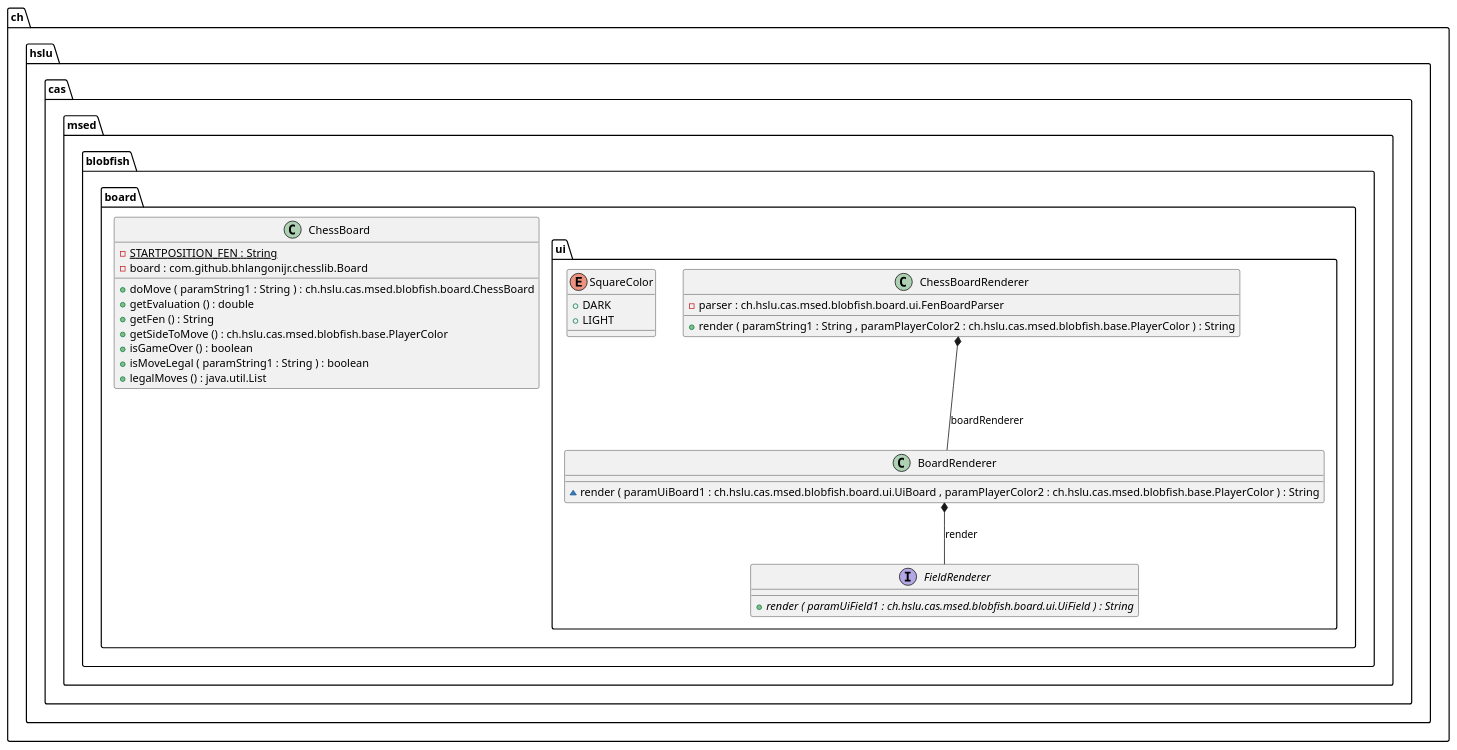
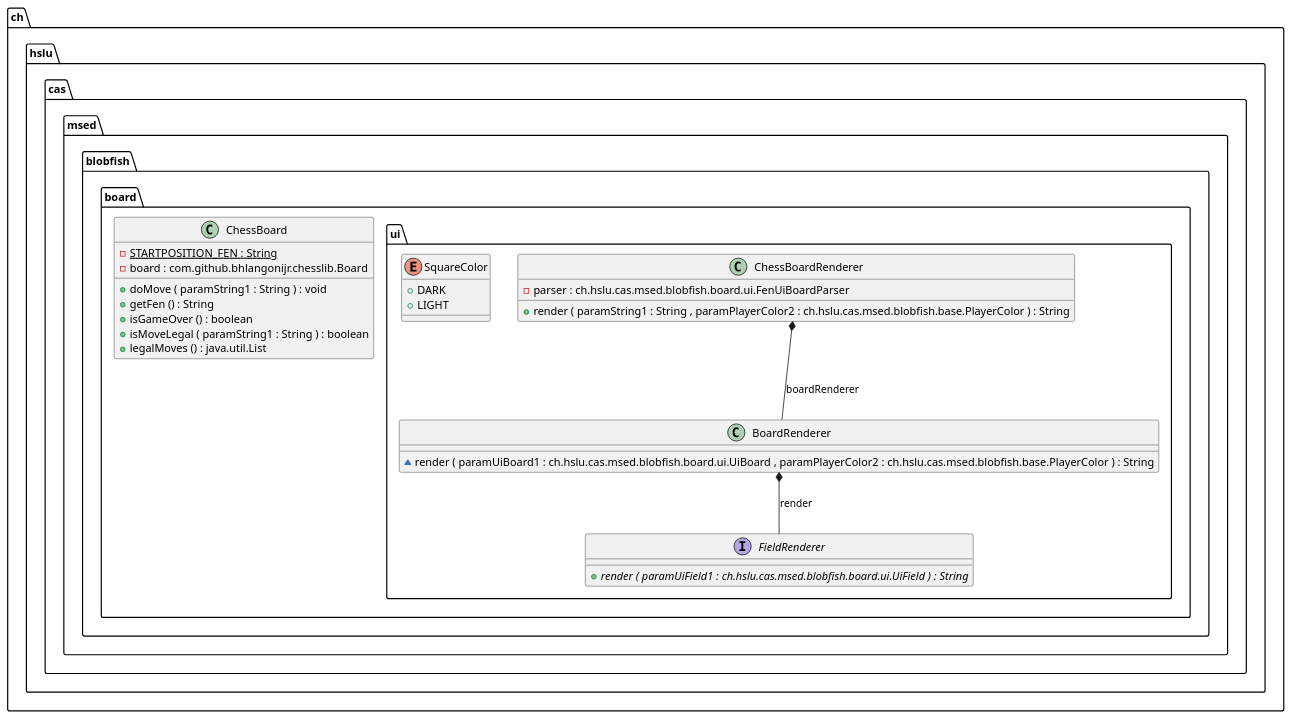
The diagram in docs/generated-diagrams/board.puml (l2c0r3/blobfish), drawn with PlantUML before and after one commit. The commit also changed 2 other files, not shown here.

```diff
--- a/docs/generated-diagrams/board.puml
+++ b/docs/generated-diagrams/board.puml
@@ -1,44 +1,42 @@
 @startuml
 
 class ch.hslu.cas.msed.blobfish.board.ChessBoard {
 	{field} {static} -STARTPOSITION_FEN : String
 	{field} -board : com.github.bhlangonijr.chesslib.Board
-	{method} +doMove ( paramString1 : String ) : ch.hslu.cas.msed.blobfish.board.ChessBoard
-	{method} +getEvaluation () : double
+	{method} +doMove ( paramString1 : String ) : void
 	{method} +getFen () : String
-	{method} +getSideToMove () : ch.hslu.cas.msed.blobfish.base.PlayerColor
 	{method} +isGameOver () : boolean
 	{method} +isMoveLegal ( paramString1 : String ) : boolean
 	{method} +legalMoves () : java.util.List
 }
 
 
 class ch.hslu.cas.msed.blobfish.board.ui.BoardRenderer {
 	{method} ~render ( paramUiBoard1 : ch.hslu.cas.msed.blobfish.board.ui.UiBoard , paramPlayerColor2 : ch.hslu.cas.msed.blobfish.base.PlayerColor ) : String
 }
 
 
 class ch.hslu.cas.msed.blobfish.board.ui.ChessBoardRenderer {
-	{field} -parser : ch.hslu.cas.msed.blobfish.board.ui.FenBoardParser
+	{field} -parser : ch.hslu.cas.msed.blobfish.board.ui.FenUiBoardParser
 	{method} +render ( paramString1 : String , paramPlayerColor2 : ch.hslu.cas.msed.blobfish.base.PlayerColor ) : String
 }
 
 
 interface ch.hslu.cas.msed.blobfish.board.ui.FieldRenderer {
 	{method}  {abstract} +render ( paramUiField1 : ch.hslu.cas.msed.blobfish.board.ui.UiField ) : String
 }
 
 
 enum ch.hslu.cas.msed.blobfish.board.ui.SquareColor {
 	{field} +DARK
 	{field} +LIGHT
 }
 
 
 
 
 ch.hslu.cas.msed.blobfish.board.ui.BoardRenderer *--  ch.hslu.cas.msed.blobfish.board.ui.FieldRenderer : render
 ch.hslu.cas.msed.blobfish.board.ui.ChessBoardRenderer *--  ch.hslu.cas.msed.blobfish.board.ui.BoardRenderer : boardRenderer
 
 
 @enduml
```
